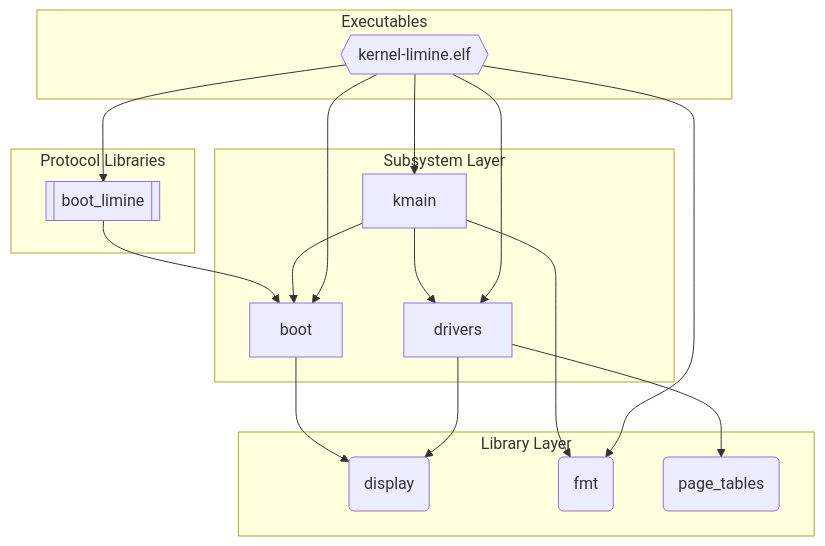
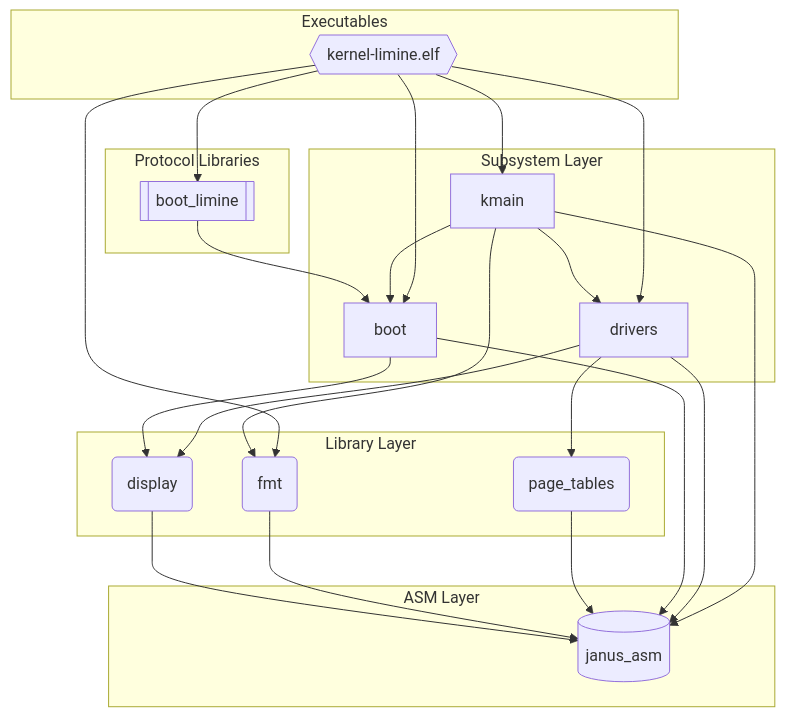
One commit to FrederikTobner/JANUS changed the diagram in docs/src/generated/deps-aarch64.md. Above: the diagram before and after it, drawn with Mermaid. The commit also changed 21 other files, not shown here.

Commit message:
added asm layer

````diff
--- a/docs/src/generated/deps-aarch64.md
+++ b/docs/src/generated/deps-aarch64.md
@@ -3,31 +3,40 @@
 ```mermaid
 graph TD
   subgraph lib_layer["Library Layer"]
     display("display")
     fmt("fmt")
     page_tables("page_tables")
   end
   subgraph subsys_layer["Subsystem Layer"]
     boot["boot"]
     drivers["drivers"]
     kmain["kmain"]
   end
   subgraph proto_layer["Protocol Libraries"]
     boot_limine[["boot_limine"]]
   end
   subgraph exec_layer["Executables"]
     kernel_limine_elf{{"kernel-limine.elf"}}
   end
+  subgraph asm_layer["ASM Layer"]
+    janus_asm[("janus_asm")]
+  end
+  display --> janus_asm
+  fmt --> janus_asm
+  page_tables --> janus_asm
+  boot --> janus_asm
   boot --> display
   boot_limine --> boot
+  drivers --> janus_asm
   drivers --> display
   drivers --> page_tables
+  kmain --> janus_asm
   kmain --> drivers
   kmain --> boot
   kmain --> fmt
   kernel_limine_elf --> drivers
   kernel_limine_elf --> boot
   kernel_limine_elf --> fmt
   kernel_limine_elf --> boot_limine
   kernel_limine_elf --> kmain
 ```
````
